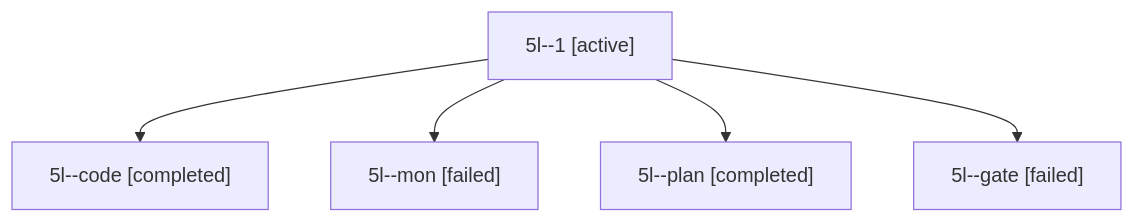
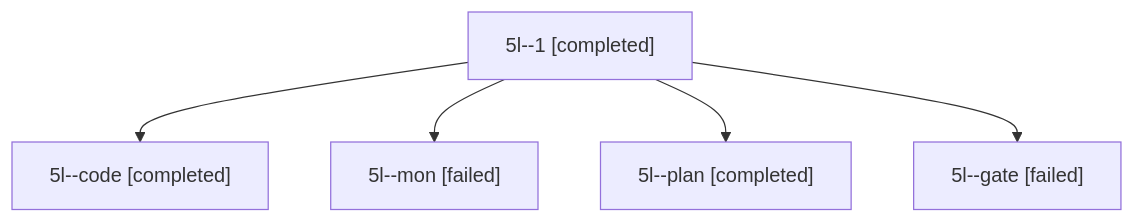
Before and after one commit to bobs-org/bob-cli--agents: the diagram in sessions/bbugyi200.apollo.5l.md, drawn with Mermaid. The commit also changed other lines of this file and 50 other files, not shown here.

````diff
--- a/sessions/bbugyi200.apollo.5l.md
+++ b/sessions/bbugyi200.apollo.5l.md
@@ -9,12 +9,12 @@
 ```mermaid
 flowchart TD
-  n0["5l--1 [active]"]
+  n0["5l--1 [completed]"]
   n1["5l--code [completed]"]
   n0 --> n1
   n2["5l--mon [failed]"]
   n0 --> n2
   n3["5l--plan [completed]"]
   n0 --> n3
   n4["5l--gate [failed]"]
   n0 --> n4
 ```
````
